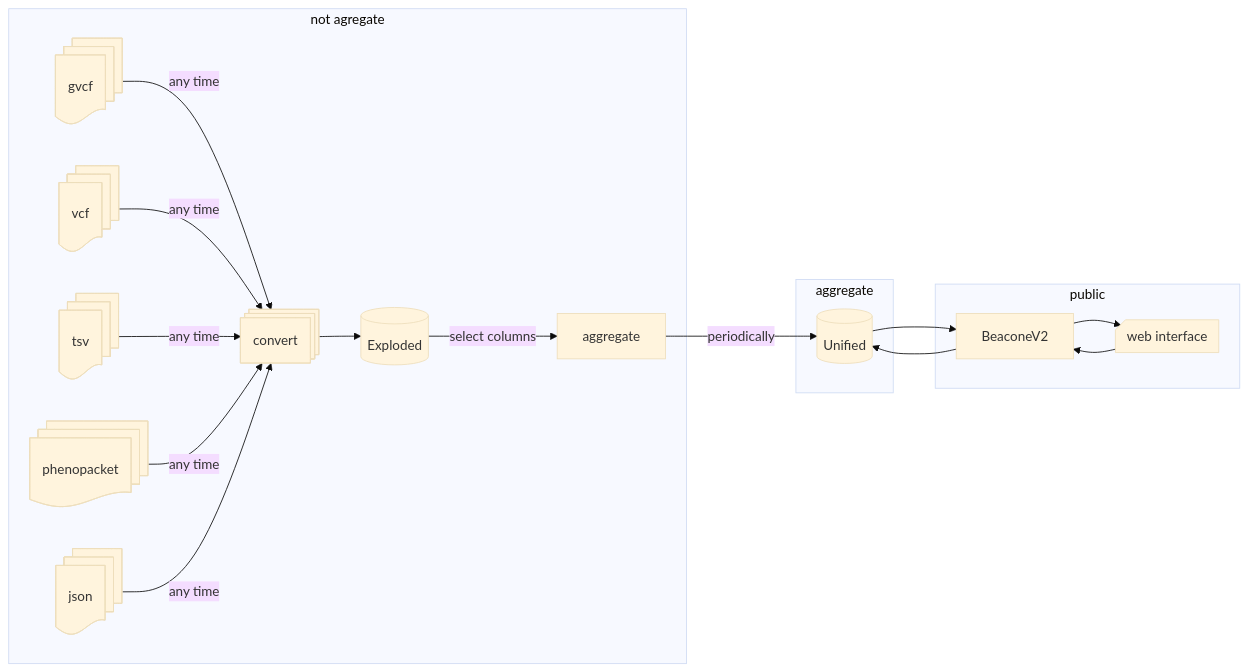
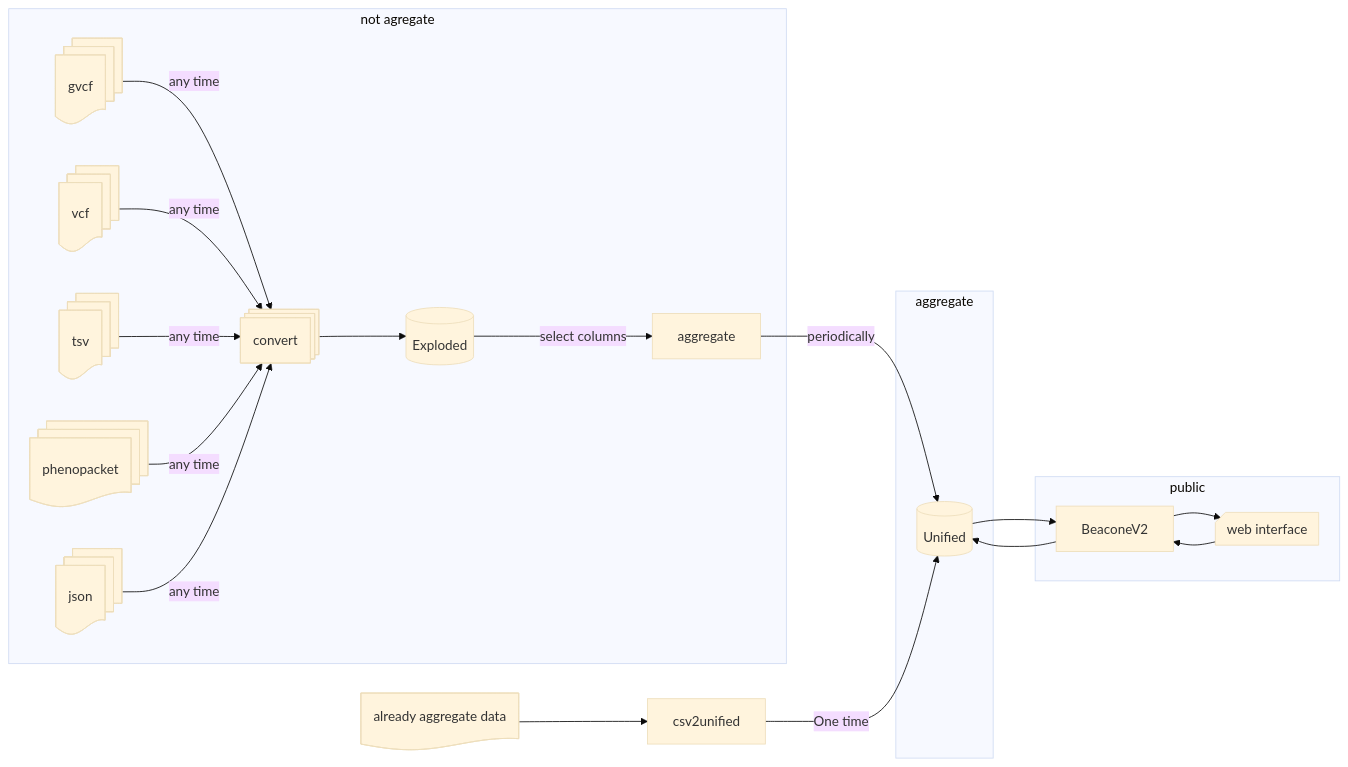
One commit to GenomeCAD/vkb changed the first of 2 diagrams in Readme.md. Above: the diagram before and after it, drawn with Mermaid (base theme). The commit also changed 6 other files, not shown here.

Commit message:
refactor: create a subcommand to generate a unified table for an already aggregate file

````diff
--- a/Readme.md
+++ b/Readme.md
@@ -9,41 +9,45 @@
 ```mermaid
 flowchart LR
     subgraph not agregate
         Exploded@{shape: cyl, label: "Exploded"}
         gvcf@{shape: docs, label: "gvcf"}
         vcf@{shape: docs, label: "vcf"}
         tsv@{shape: docs, label: "tsv"}
         phenopacket@{shape: docs, label: "phenopacket"}
         json@{shape: docs, label: "json"}
-
+        vkb_aggregate@{shape: rect, label: "aggregate"}
         vkb_convert@{shape: st-rect, label: "convert"}
-        vkb_aggregate@{shape: rect, label: "aggregate"}
     end
 
     subgraph aggregate
         Unified@{shape: cyl, label: "Unified"}
     end
+
+    vkb_csv2unified@{shape: rect, label: "csv2unified"}
+    csv@{shape: doc, label: "already aggregate data"}
 
     subgraph public
         BeaconeV2[BeaconeV2]
         web@{shape: notch-rect, label: "web interface"}
     end
 
     gvcf -->|any time| vkb_convert
     vcf -->|any time| vkb_convert
     tsv -->|any time| vkb_convert
     phenopacket -->|any time| vkb_convert
     json -->|any time| vkb_convert
 
     vkb_convert --> Exploded
 
     Exploded -->|select columns| vkb_aggregate
 
     vkb_aggregate -->|periodically| Unified
 
+    csv --> vkb_csv2unified -->|One time| Unified
+
     Unified --> BeaconeV2
     BeaconeV2 --> Unified
 
     BeaconeV2 --> web
     web --> BeaconeV2
 ```
````
